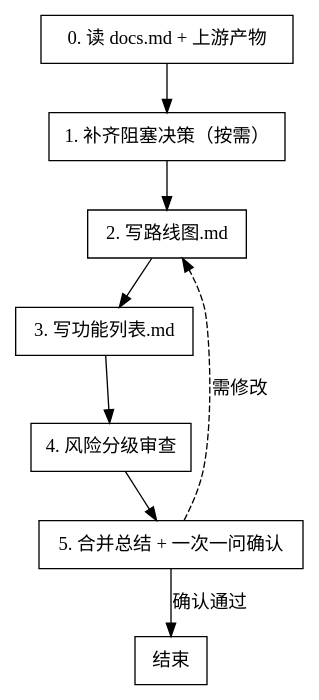
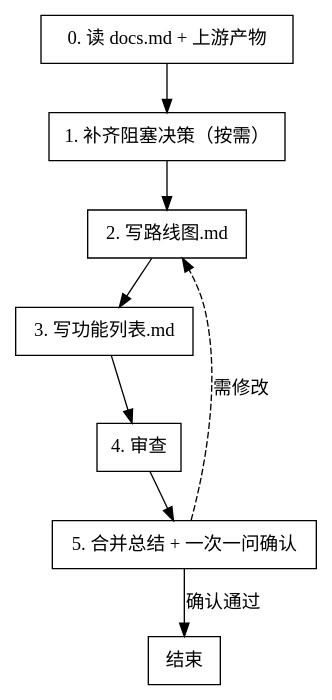
Before and after one commit to marcocpt/trae_skills: the first of 2 diagrams in dd-write-roadmap/SKILL.md, drawn with Graphviz. The commit also changed other lines of this file and 20 other files, not shown here.

````diff
--- a/dd-write-roadmap/SKILL.md
+++ b/dd-write-roadmap/SKILL.md
@@ -67,13 +67,13 @@
 ```dot
 digraph write_roadmap {
     rankdir=TB;
     node [shape=box];
     "0. 读 docs.md + 上游产物" -> "1. 补齐阻塞决策（按需）";
     "1. 补齐阻塞决策（按需）" -> "2. 写路线图.md";
     "2. 写路线图.md" -> "3. 写功能列表.md";
-    "3. 写功能列表.md" -> "4. 风险分级审查";
-    "4. 风险分级审查" -> "5. 合并总结 + 一次一问确认";
+    "3. 写功能列表.md" -> "4. 审查";
+    "4. 审查" -> "5. 合并总结 + 一次一问确认";
     "5. 合并总结 + 一次一问确认" -> "结束" [label="确认通过"];
     "5. 合并总结 + 一次一问确认" -> "2. 写路线图.md" [label="需修改", style=dashed];
 }
 ```
````
